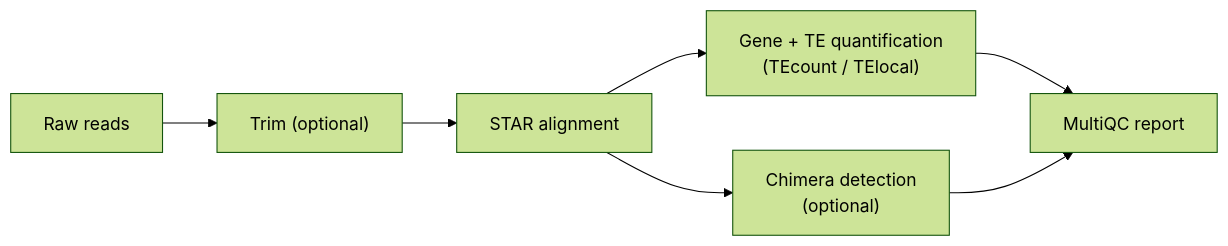
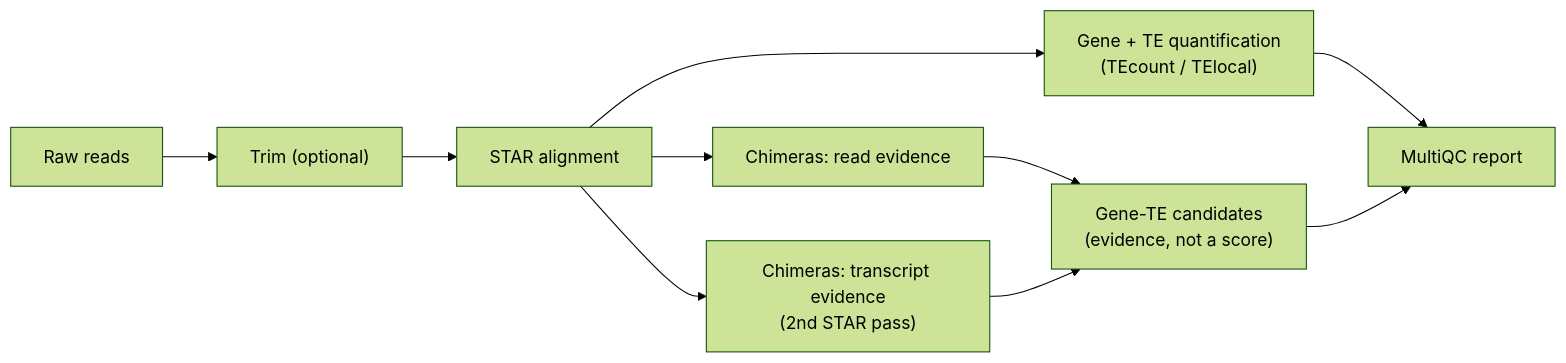
One commit to altintasali/TEtranscripts-pipe changed the diagram in README.md. Above: the diagram before and after it, drawn with Mermaid (forest theme). The commit also changed other lines of this file and 24 other files, not shown here.

First line of the commit message:
refactor!: report chimera evidence, stop ranking candidates

````diff
--- a/README.md
+++ b/README.md
@@ -12,9 +12,12 @@
 ```mermaid
 flowchart LR
     reads["Raw reads"] --> trim["Trim (optional)"]
     trim --> align["STAR alignment"]
     align --> quant["Gene + TE quantification<br/>(TEcount / TElocal)"]
-    align --> chimera["Chimera detection<br/>(optional)"]
+    align --> rdev["Chimeras: read evidence"]
+    align --> asm["Chimeras: transcript evidence<br/>(2nd STAR pass)"]
+    rdev --> cand["Gene-TE candidates<br/>(evidence, not a score)"]
+    asm --> cand
     quant --> report["MultiQC report"]
-    chimera --> report
+    cand --> report
 ```
````
